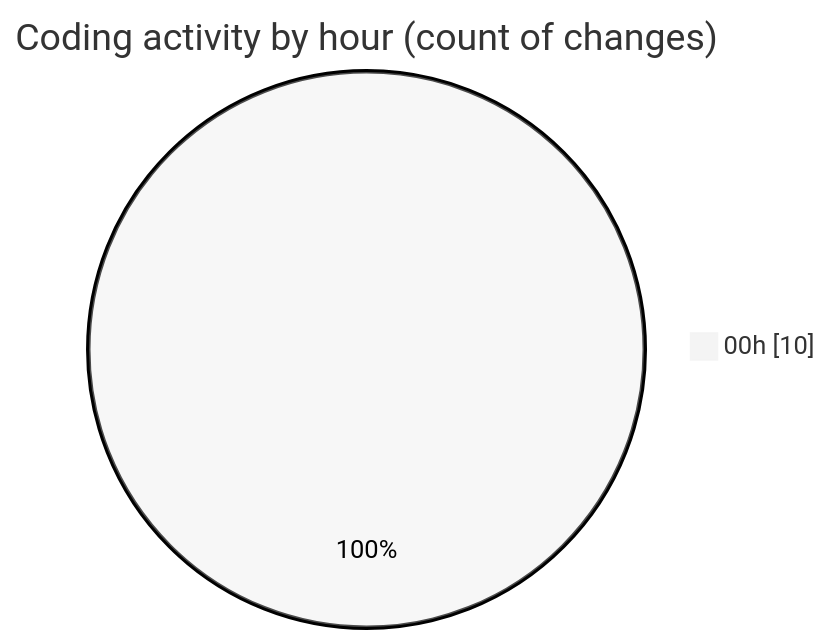
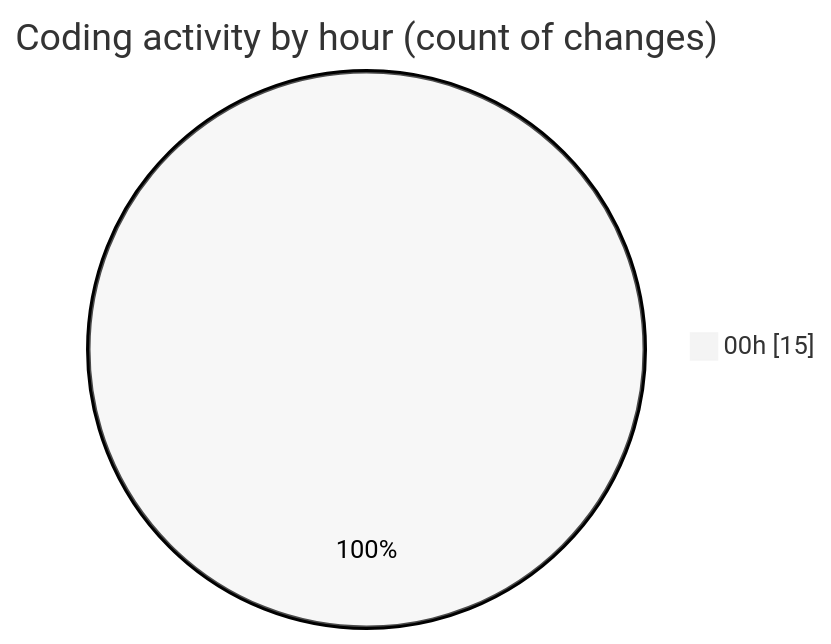
Before and after one commit to EIIisD/code-tracking: the second of 2 diagrams in 2025-08-01/tw-server/README.md, drawn with Mermaid (neutral theme). The commit also changed other lines of this file and 1 other file, not shown here.

````diff
--- a/2025-08-01/tw-server/README.md
+++ b/2025-08-01/tw-server/README.md
@@ -28,5 +28,5 @@
 ```mermaid
 pie showData
 title Coding activity by hour (count of changes)
-"00h" : 10
+"00h" : 15
 ```
````
